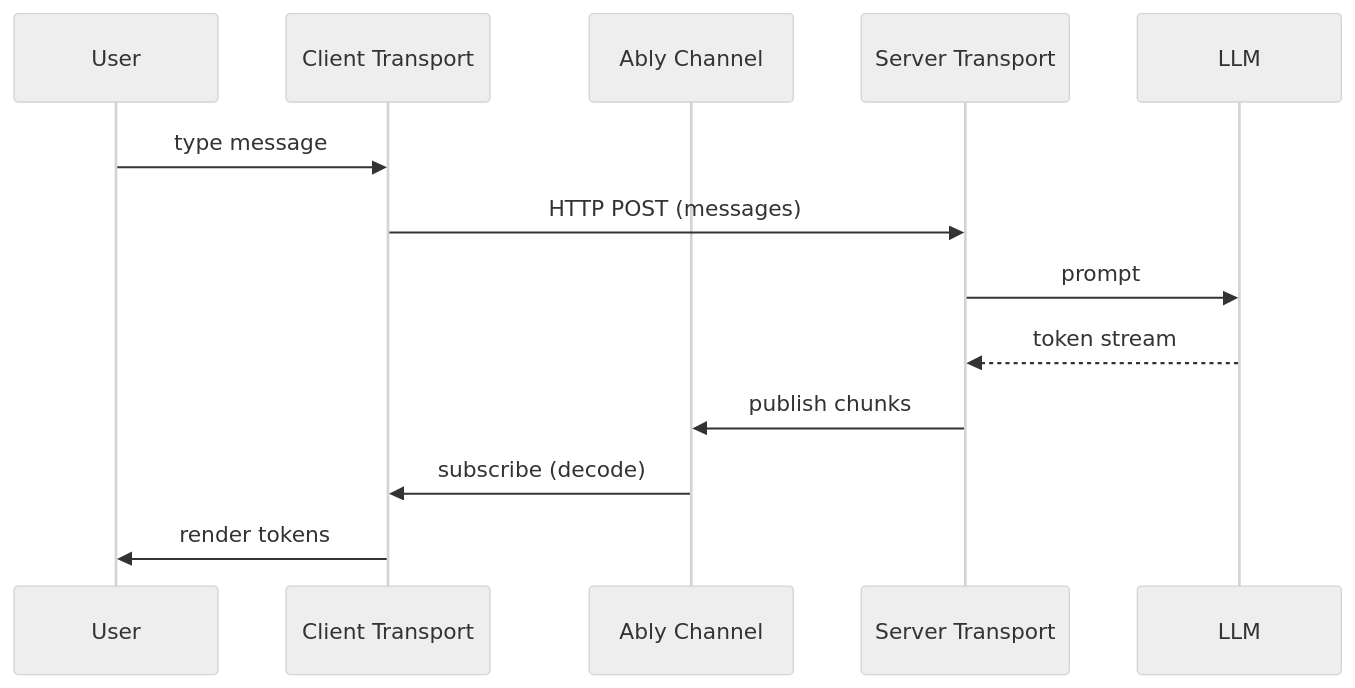
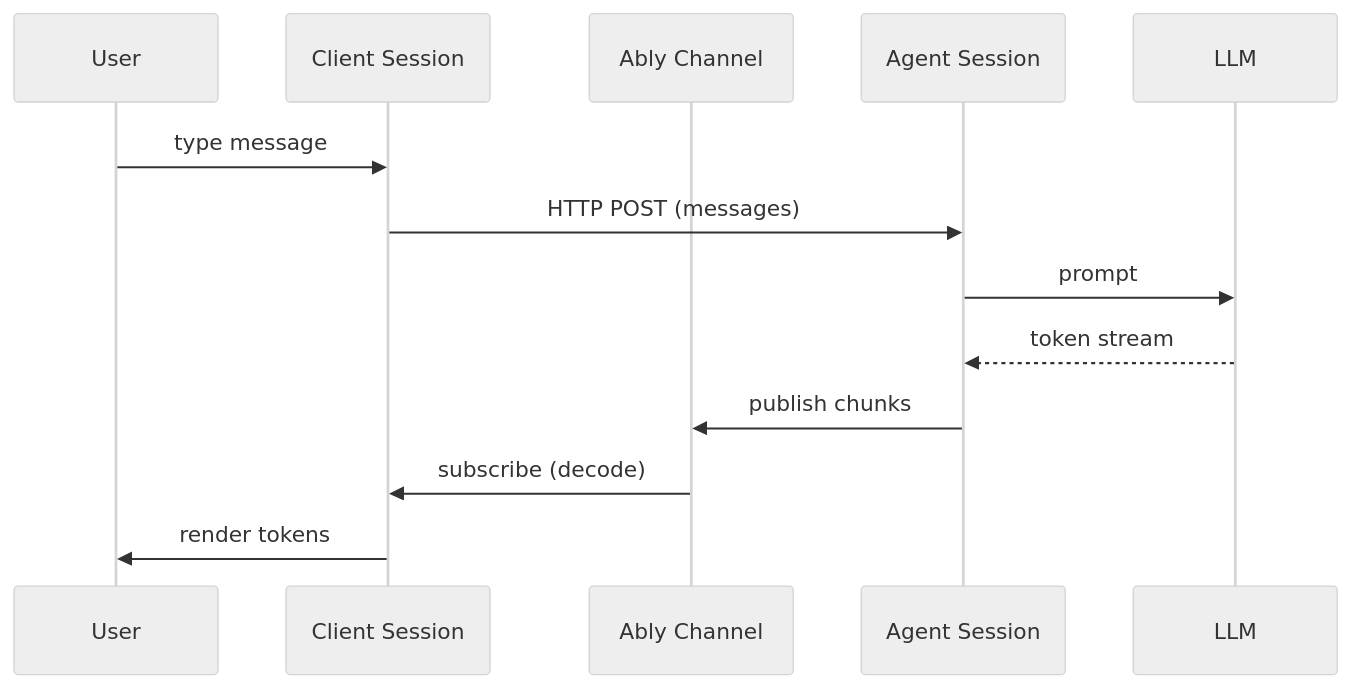
One commit to ably/ably-ai-transport-js changed the diagram in README.md. Above: the diagram before and after it, drawn with Mermaid (neutral theme). The commit also changed other lines of this file and 194 other files, not shown here.

First line of the commit message:
Rename Transport->Session, Turn->Run; add connect(), Invocation

````diff
--- a/README.md
+++ b/README.md
@@ -13,16 +13,16 @@
 ```mermaid
 sequenceDiagram
     participant U as User
-    participant CT as Client Transport
+    participant CS as Client Session
     participant AC as Ably Channel
-    participant ST as Server Transport
+    participant AS as Agent Session
     participant LLM
 
-    U->>CT: type message
-    CT->>ST: HTTP POST (messages)
-    ST->>LLM: prompt
-    LLM-->>ST: token stream
-    ST->>AC: publish chunks
-    AC->>CT: subscribe (decode)
-    CT->>U: render tokens
+    U->>CS: type message
+    CS->>AS: HTTP POST (messages)
+    AS->>LLM: prompt
+    LLM-->>AS: token stream
+    AS->>AC: publish chunks
+    AC->>CS: subscribe (decode)
+    CS->>U: render tokens
 ```
````
